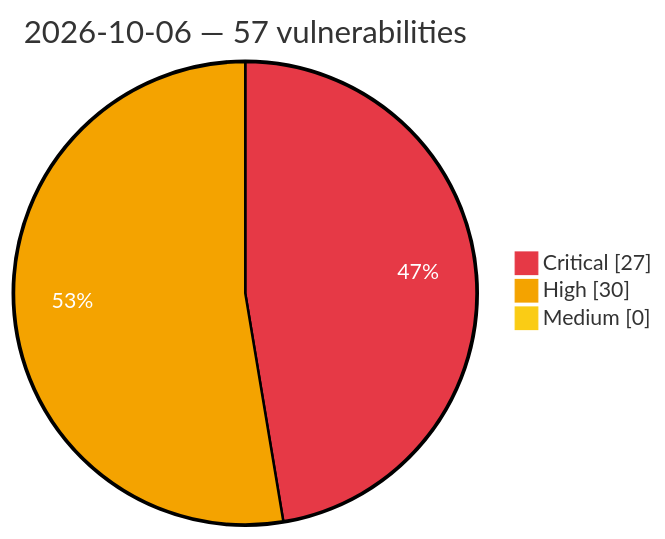
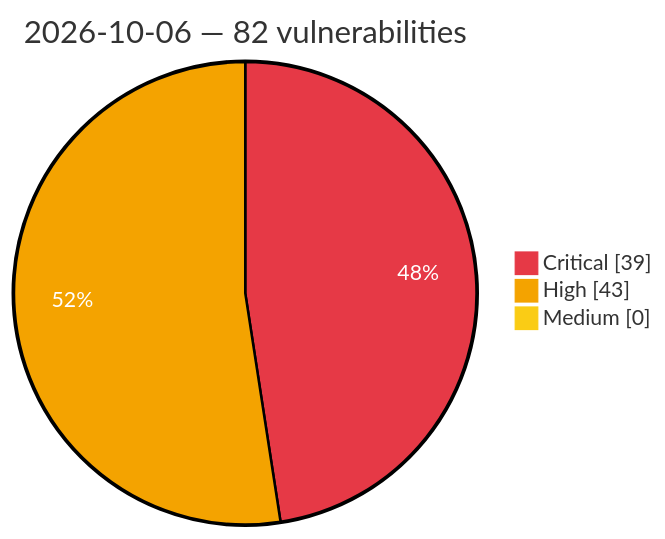
The diagram in vulnerabilities/2026/October/2026-10-06.md (GhostX0X/vuln-tracker), drawn with Mermaid before and after one commit. The commit also changed other lines of this file and 5 other files, not shown here.

Commit message:
Auto update: critical/high vulns (2026-10-06 23:16 UTC)

````diff
--- a/vulnerabilities/2026/October/2026-10-06.md
+++ b/vulnerabilities/2026/October/2026-10-06.md
@@ -3,8 +3,8 @@
 ```mermaid
 %%{init: {'theme':'base', 'themeVariables': {'pie1':'#e63946', 'pie2':'#f4a300', 'pie3':'#facc15', 'pieOpacity':'1', 'pieOuterStrokeWidth':'2px', 'pieSectionTextColor':'#ffffff'}}}%%
 pie showData
-    title 2026-10-06 — 57 vulnerabilities
-    "Critical" : 27
-    "High" : 30
+    title 2026-10-06 — 82 vulnerabilities
+    "Critical" : 39
+    "High" : 43
     "Medium" : 0
 ```
````
